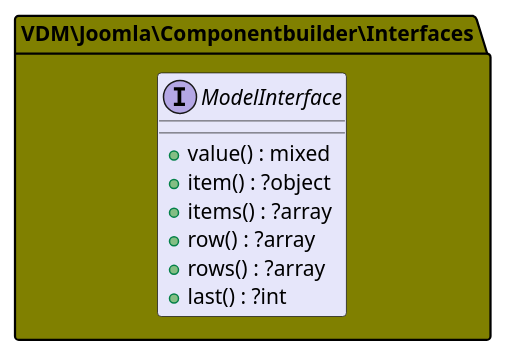
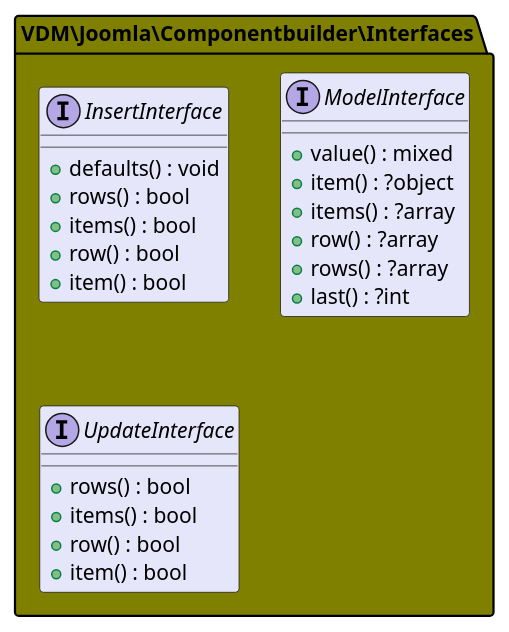
Before and after one commit to joomengine/super-powers: the fifth of 8 diagrams in README.md, drawn with PlantUML. The commit also changed other lines of this file and 11 other files, not shown here.

````diff
--- a/README.md
+++ b/README.md
@@ -324,19 +326,34 @@
 ```uml
 @startuml
 
 namespace VDM\Joomla\Componentbuilder\Interfaces #Olive {
 
+
+  interface InsertInterface  #Lavender {
+    + defaults() : void
+    + rows() : bool
+    + items() : bool
+    + row() : bool
+    + item() : bool
+  }
 
   interface ModelInterface  #Lavender {
     + value() : mixed
     + item() : ?object
     + items() : ?array
     + row() : ?array
     + rows() : ?array
     + last() : ?int
   }
+
+  interface UpdateInterface  #Lavender {
+    + rows() : bool
+    + items() : bool
+    + row() : bool
+    + item() : bool
+  }
 }
 
 
 @enduml
 ```
````
